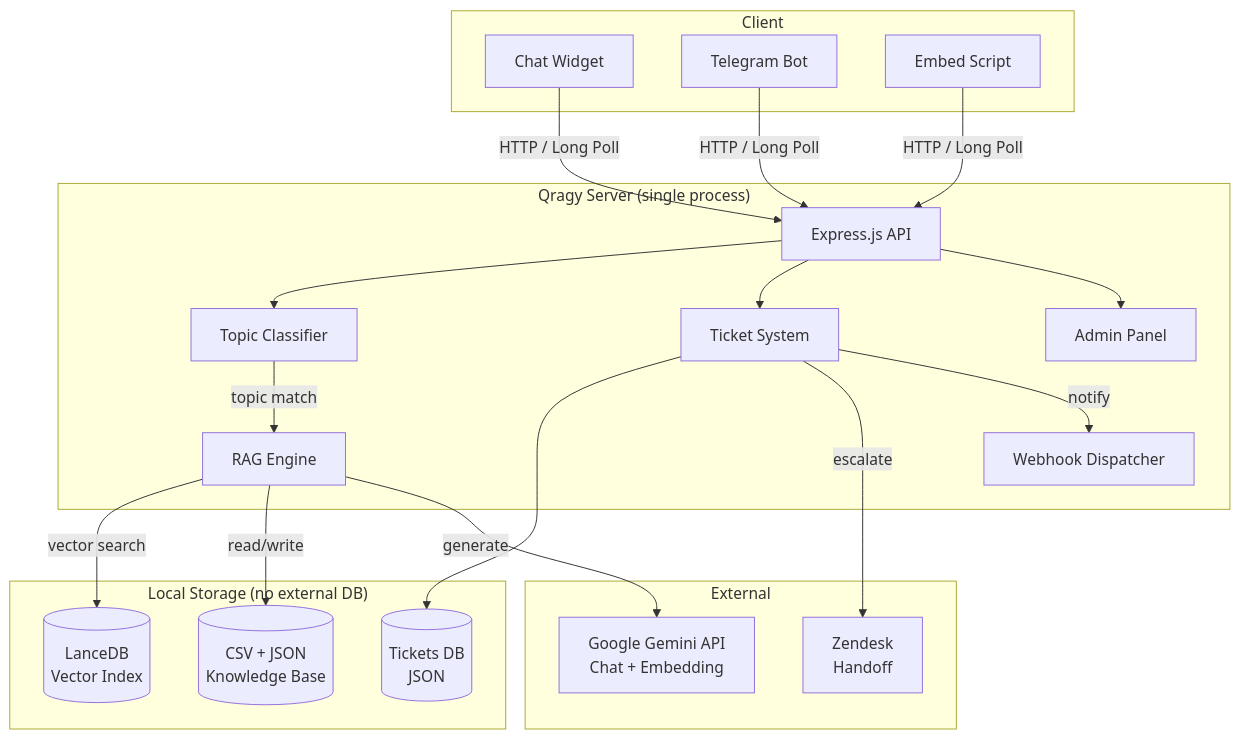
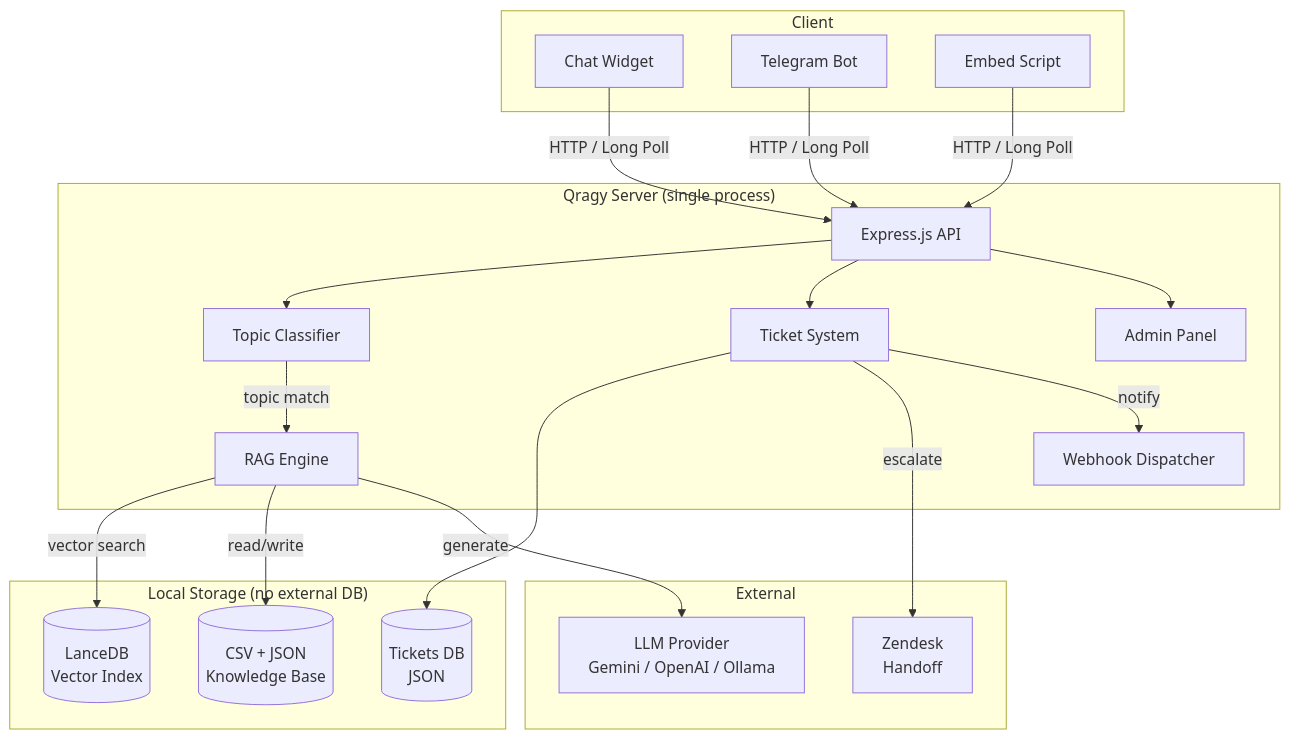
Before and after one commit to mahsumaktas/qragy: the diagram in README.md, drawn with Mermaid. The commit also changed other lines of this file and 9 other files, not shown here.

````diff
--- a/README.md
+++ b/README.md
@@ -97,38 +113,38 @@
 ```mermaid
 graph TB
     subgraph Client
         CW[Chat Widget]
         TG[Telegram Bot]
         EMB[Embed Script]
     end
 
     subgraph "Qragy Server (single process)"
         EXP[Express.js API]
         TC[Topic Classifier]
         RAG[RAG Engine]
         TKT[Ticket System]
         ADM[Admin Panel]
         WH[Webhook Dispatcher]
     end
 
     subgraph Storage["Local Storage (no external DB)"]
         LDB[(LanceDB<br/>Vector Index)]
         CSV[(CSV + JSON<br/>Knowledge Base)]
         TDB[(Tickets DB<br/>JSON)]
     end
 
     subgraph External
-        GEM[Google Gemini API<br/>Chat + Embedding]
+        LLM[LLM Provider<br/>Gemini / OpenAI / Ollama]
         ZD[Zendesk<br/>Handoff]
     end
 
     CW & TG & EMB -->|HTTP / Long Poll| EXP
     EXP --> TC -->|topic match| RAG
     RAG -->|vector search| LDB
     RAG -->|read/write| CSV
-    RAG -->|generate| GEM
+    RAG -->|generate| LLM
     EXP --> TKT --> TDB
     TKT -->|escalate| ZD
     TKT -->|notify| WH
     EXP --> ADM
 ```
````
